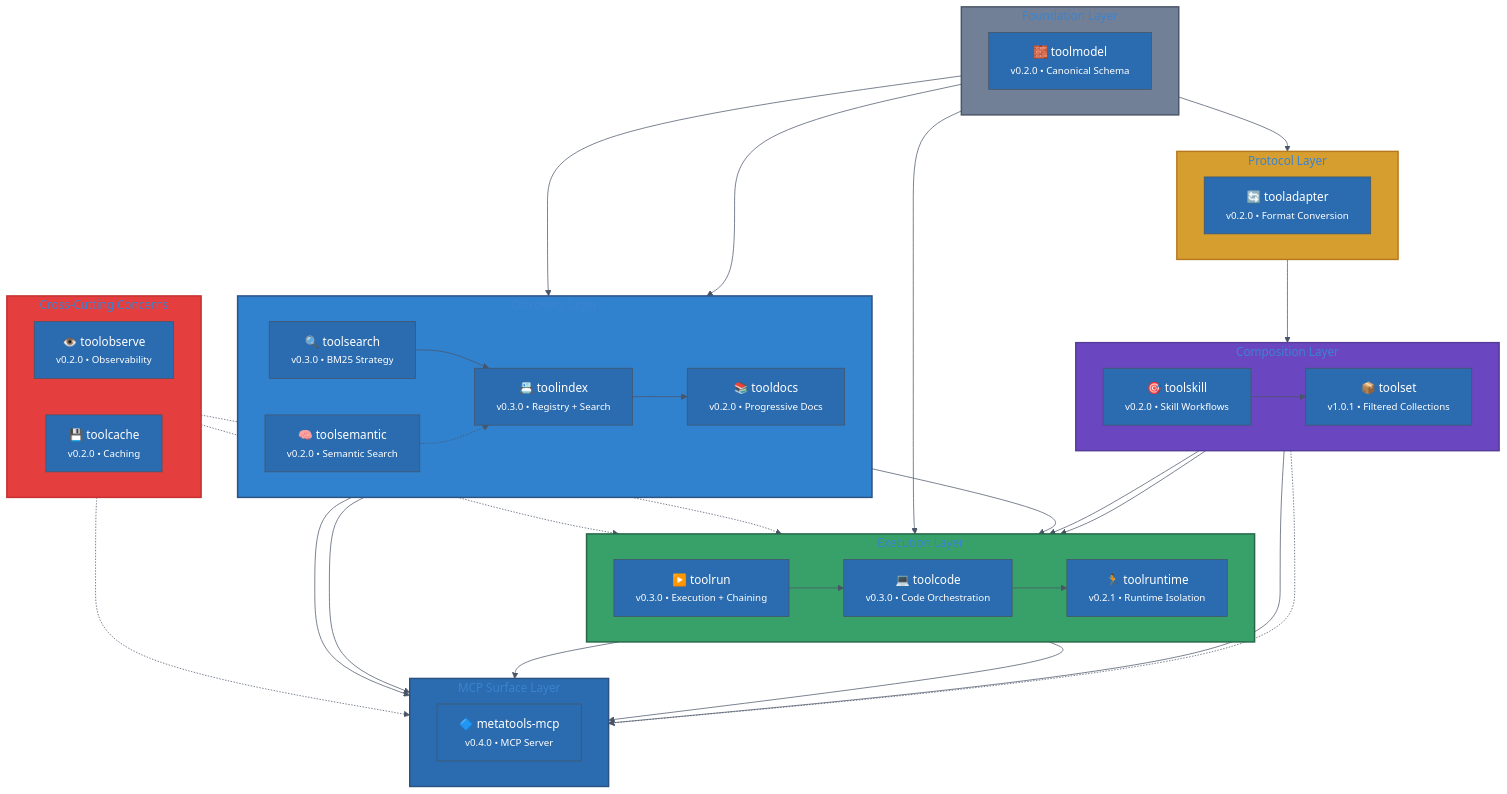
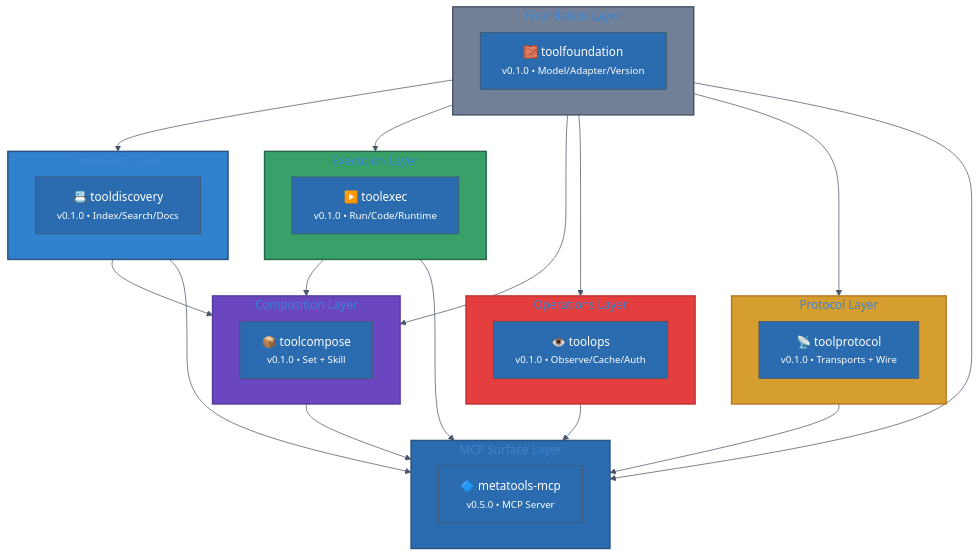
One commit to jonwraymond/ai-tools-stack changed the second of 7 diagrams in docs/architecture/overview.md. Above: the diagram before and after it, drawn with Mermaid. The commit also changed other lines of this file and 30 other files, not shown here.

````diff
--- a/docs/architecture/overview.md
+++ b/docs/architecture/overview.md
@@ -52,81 +52,62 @@
 ```mermaid
 %%{init: {'theme': 'base', 'themeVariables': {'primaryColor': '#2b6cb0', 'primaryTextColor': '#fff', 'lineColor': '#4a5568'}}}%%
 flowchart TB
     subgraph surface["MCP Surface Layer"]
         direction LR
-        metatools["🔷 metatools-mcp<br/><small>v0.4.0 • MCP Server</small>"]
+        metatools["🔷 metatools-mcp<br/><small>v0.5.0 • MCP Server</small>"]
+    end
+
+    subgraph protocol["Protocol Layer"]
+        direction LR
+        toolprotocol["📡 toolprotocol<br/><small>v0.1.0 • Transports + Wire</small>"]
+    end
+
+    subgraph operations["Operations Layer"]
+        direction LR
+        toolops["👁️ toolops<br/><small>v0.1.0 • Observe/Cache/Auth</small>"]
     end
 
     subgraph composition["Composition Layer"]
         direction LR
-        toolset["📦 toolset<br/><small>v1.0.1 • Filtered Collections</small>"]
-        toolskill["🎯 toolskill<br/><small>v0.2.0 • Skill Workflows</small>"]
-    end
-
-    subgraph protocol["Protocol Layer"]
-        direction LR
-        tooladapter["🔄 tooladapter<br/><small>v0.2.0 • Format Conversion</small>"]
+        toolcompose["📦 toolcompose<br/><small>v0.1.0 • Set + Skill</small>"]
     end
 
     subgraph execution["Execution Layer"]
         direction LR
-        toolrun["▶️ toolrun<br/><small>v0.3.0 • Execution + Chaining</small>"]
-        toolcode["💻 toolcode<br/><small>v0.3.0 • Code Orchestration</small>"]
-        toolruntime["🏃 toolruntime<br/><small>v0.2.1 • Runtime Isolation</small>"]
+        toolexec["▶️ toolexec<br/><small>v0.1.0 • Run/Code/Runtime</small>"]
     end
 
     subgraph discovery["Discovery Layer"]
         direction LR
-        toolindex["📇 toolindex<br/><small>v0.3.0 • Registry + Search</small>"]
-        tooldocs["📚 tooldocs<br/><small>v0.2.0 • Progressive Docs</small>"]
-        toolsearch["🔍 toolsearch<br/><small>v0.3.0 • BM25 Strategy</small>"]
-        toolsemantic["🧠 toolsemantic<br/><small>v0.2.0 • Semantic Search</small>"]
+        tooldiscovery["📇 tooldiscovery<br/><small>v0.1.0 • Index/Search/Docs</small>"]
     end
 
     subgraph foundation["Foundation Layer"]
         direction LR
-        toolmodel["🧱 toolmodel<br/><small>v0.2.0 • Canonical Schema</small>"]
+        toolfoundation["🧱 toolfoundation<br/><small>v0.1.0 • Model/Adapter/Version</small>"]
     end
 
-    subgraph crosscutting["Cross-Cutting Concerns"]
-        direction LR
-        toolobserve["👁️ toolobserve<br/><small>v0.2.0 • Observability</small>"]
-        toolcache["💾 toolcache<br/><small>v0.2.0 • Caching</small>"]
-    end
+    toolfoundation --> tooldiscovery
+    toolfoundation --> toolexec
+    toolfoundation --> toolprotocol
+    toolfoundation --> toolops
+    toolfoundation --> toolcompose
 
-    toolmodel --> toolindex
-    toolmodel --> tooladapter
-    toolmodel --> tooldocs
-    toolmodel --> toolrun
+    tooldiscovery --> toolcompose
+    toolexec --> toolcompose
 
-    tooladapter --> toolset
-    toolindex --> tooldocs
-    toolindex --> toolrun
-    toolsearch --> toolindex
-    toolsemantic -.-> toolindex
-
-    toolrun --> toolcode
-    toolcode --> toolruntime
-    toolset --> toolrun
-    toolskill --> toolrun
-    toolskill --> toolset
-
-    toolindex --> metatools
-    tooldocs --> metatools
-    toolrun --> metatools
-    toolcode --> metatools
-    toolset --> metatools
-    toolskill -.-> metatools
-
-    toolobserve -.-> toolrun
-    toolobserve -.-> metatools
-    toolcache -.-> toolrun
+    toolprotocol --> metatools
+    toolops --> metatools
+    toolcompose --> metatools
+    toolexec --> metatools
+    tooldiscovery --> metatools
+    toolfoundation --> metatools
 
     style surface fill:#2b6cb0,stroke:#2c5282,stroke-width:2px
+    style protocol fill:#d69e2e,stroke:#b7791f,stroke-width:2px
+    style operations fill:#e53e3e,stroke:#c53030,stroke-width:2px
     style composition fill:#6b46c1,stroke:#553c9a,stroke-width:2px
-    style protocol fill:#d69e2e,stroke:#b7791f,stroke-width:2px
     style execution fill:#38a169,stroke:#276749,stroke-width:2px
     style discovery fill:#3182ce,stroke:#2c5282,stroke-width:2px
     style foundation fill:#718096,stroke:#4a5568,stroke-width:2px
-    style crosscutting fill:#e53e3e,stroke:#c53030,stroke-width:2px
 ```
````
